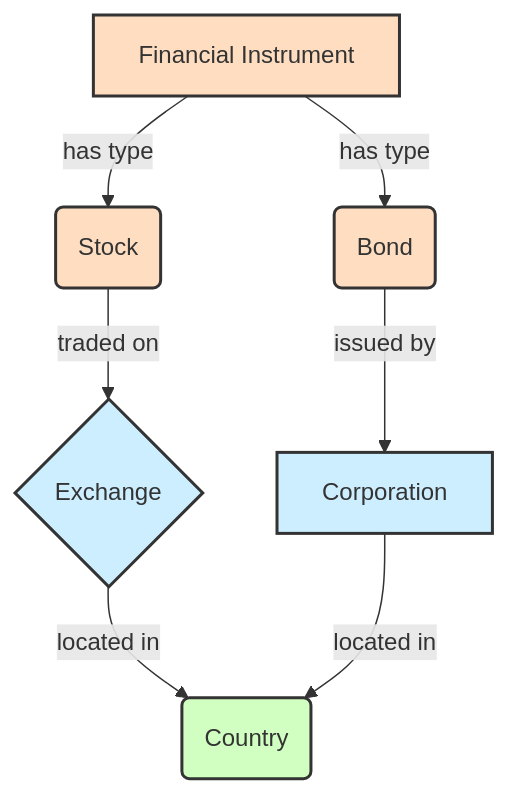
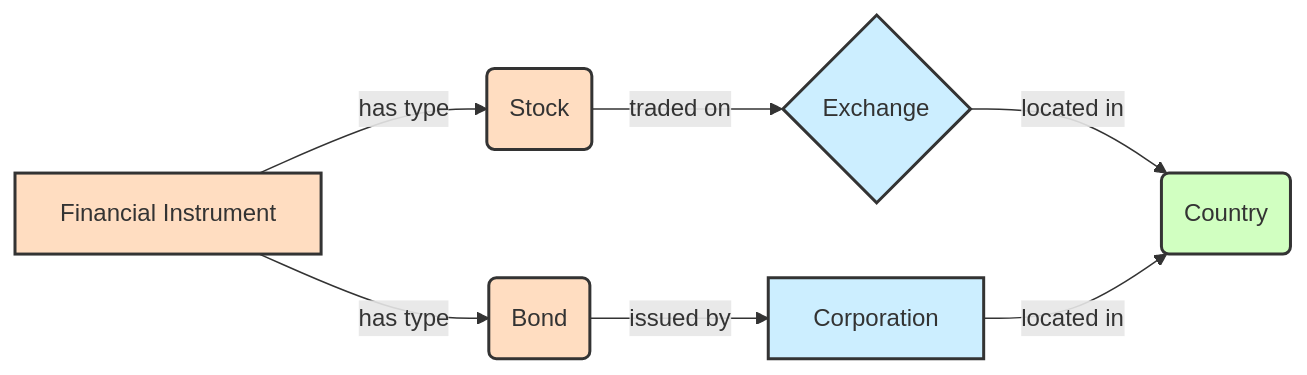
Before and after one commit to ikko/sym: the first of 2 diagrams in docs/business_overview.md, drawn with Mermaid. The commit also changed other lines of this file and 9 other files, not shown here.

````diff
--- a/docs/business_overview.md
+++ b/docs/business_overview.md
@@ -18,15 +20,15 @@
 ```mermaid
-graph TD
+graph LR
     A[Financial Instrument] -- has type --> B(Stock)
     A -- has type --> C(Bond)
     B -- traded on --> D{Exchange}
     C -- issued by --> E[Corporation]
     D -- located in --> F(Country)
     E -- located in --> F
     style A fill:#FFDDC1,stroke:#333,stroke-width:2px,color:#333;
     style B fill:#FFDDC1,stroke:#333,stroke-width:2px,color:#333;
     style C fill:#FFDDC1,stroke:#333,stroke-width:2px,color:#333;
     style D fill:#CCEEFF,stroke:#333,stroke-width:2px,color:#333;
     style E fill:#CCEEFF,stroke:#333,stroke-width:2px,color:#333;
     style F fill:#D1FFC1,stroke:#333,stroke-width:2px,color:#333;
 ```
````
